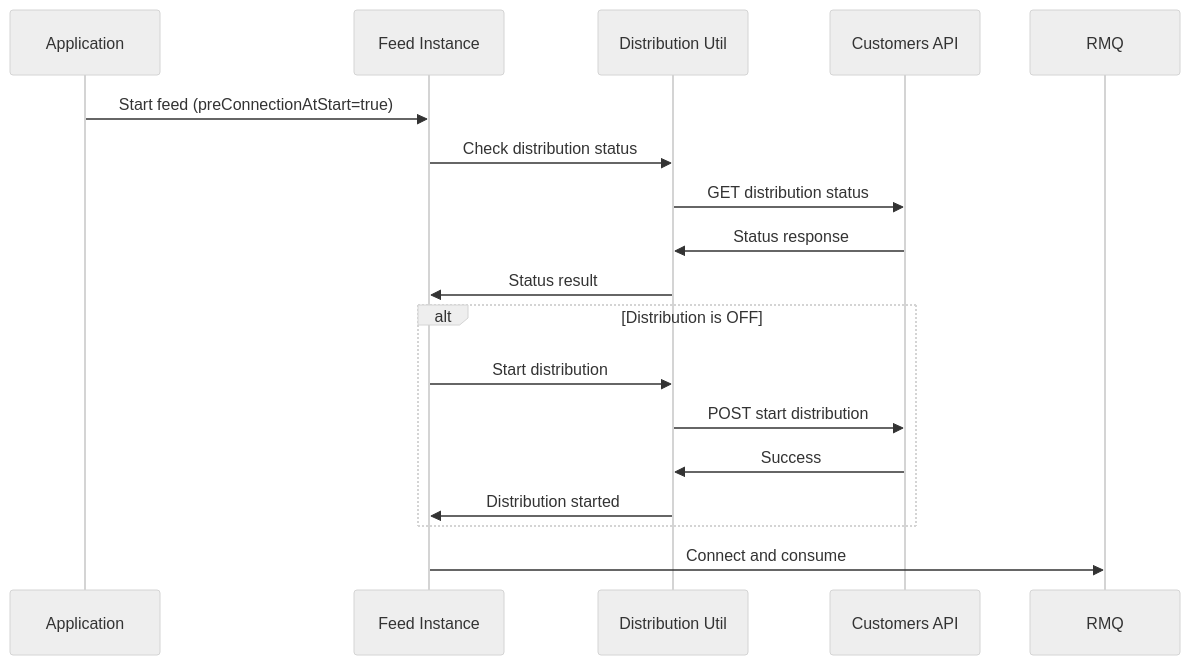
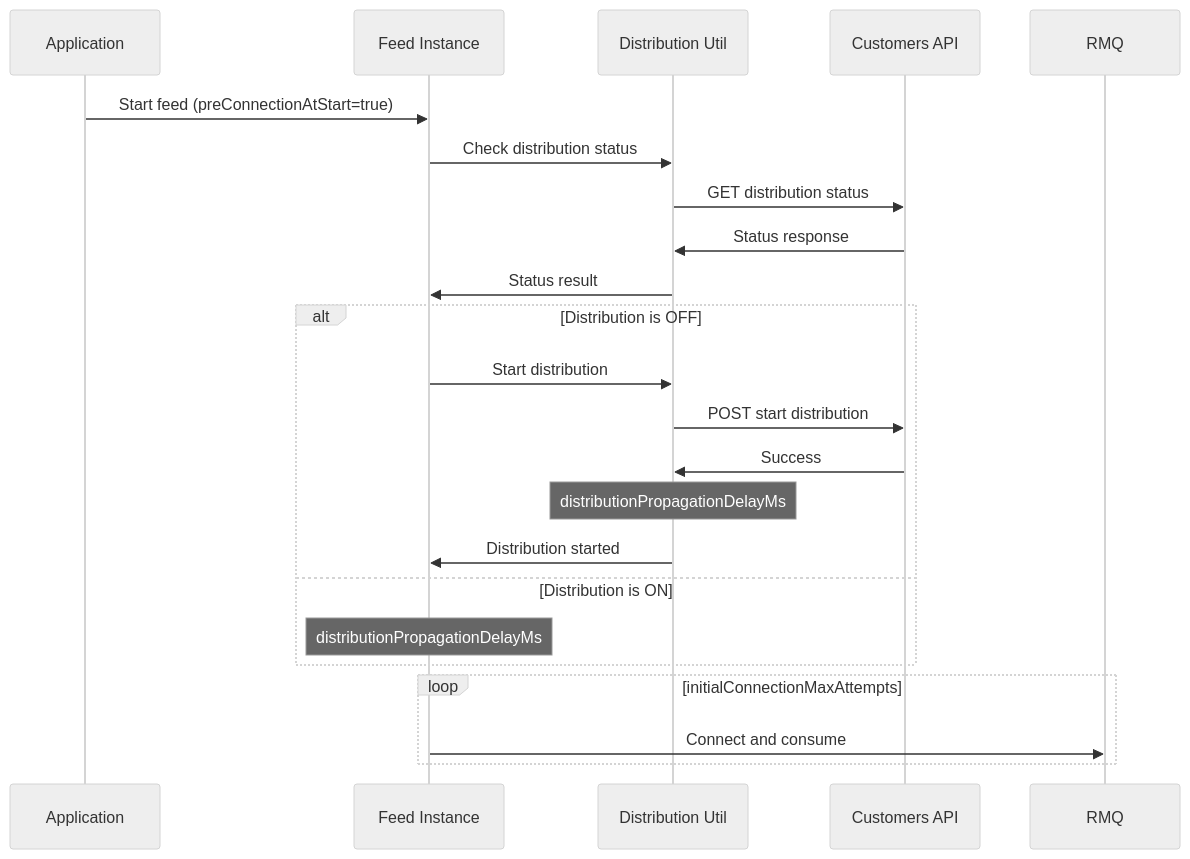
One commit to lsportsltd/trade360-nodejs-sdk changed the fifth of 6 diagrams in README.md. Above: the diagram before and after it, drawn with Mermaid (neutral theme). The commit also changed other lines of this file and 11 other files, not shown here.

First line of the commit message:
TR-23899: Add configurable distribution delay and initial RMQ connect retries

````diff
--- a/README.md
+++ b/README.md
@@ -276,20 +276,25 @@
 ```mermaid
 sequenceDiagram
     participant App as Application
     participant Feed as Feed Instance
     participant DistUtil as Distribution Util
     participant API as Customers API
     
     App->>Feed: Start feed (preConnectionAtStart=true)
     Feed->>DistUtil: Check distribution status
     DistUtil->>API: GET distribution status
     API->>DistUtil: Status response
     DistUtil->>Feed: Status result
     alt Distribution is OFF
         Feed->>DistUtil: Start distribution
         DistUtil->>API: POST start distribution
         API->>DistUtil: Success
+        Note over DistUtil: distributionPropagationDelayMs
         DistUtil->>Feed: Distribution started
+    else Distribution is ON
+        Note over Feed: distributionPropagationDelayMs
     end
-    Feed->>RMQ: Connect and consume
+    loop initialConnectionMaxAttempts
+        Feed->>RMQ: Connect and consume
+    end
 ```
````
